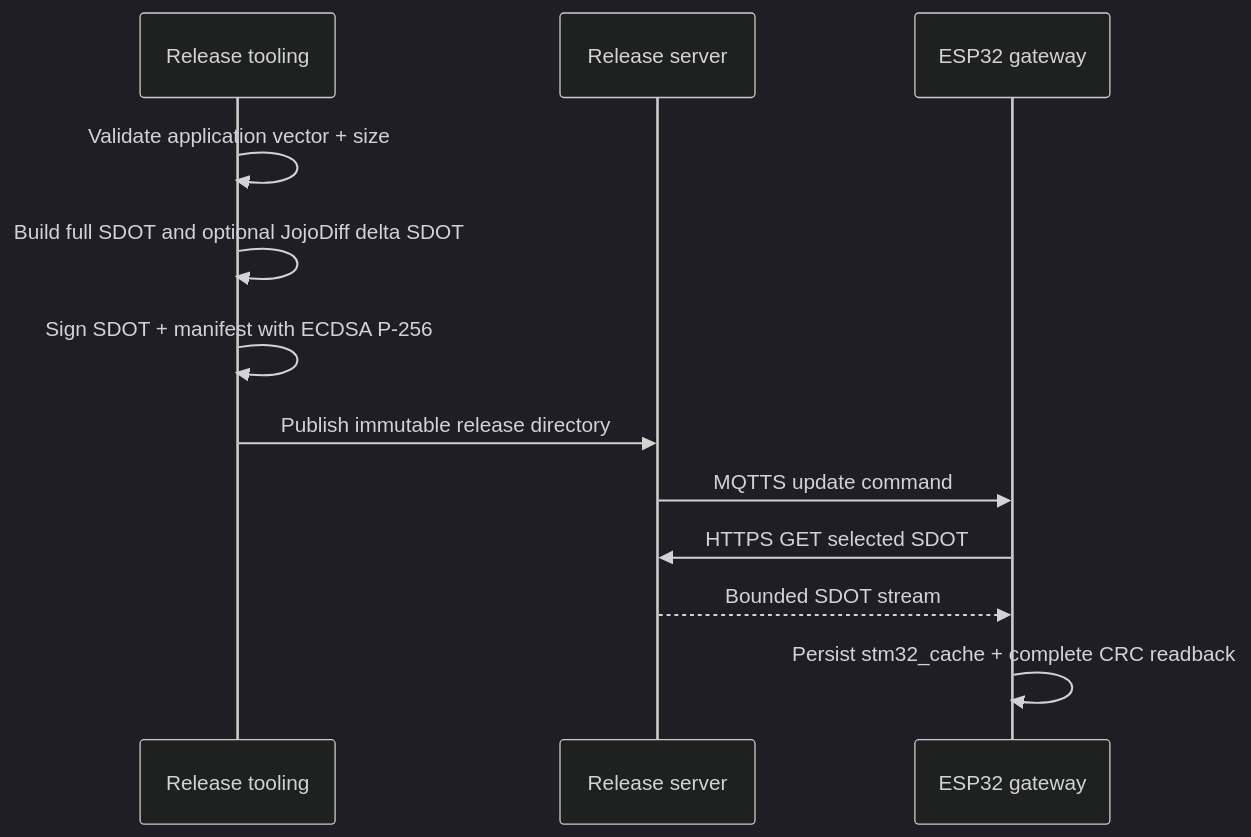
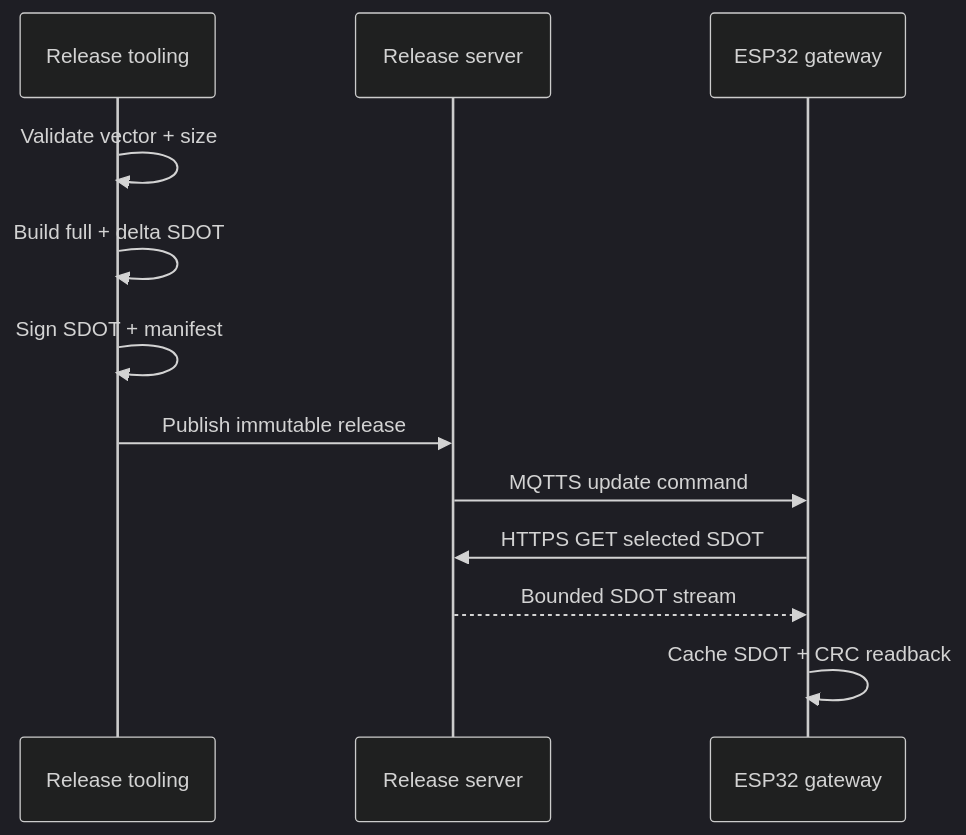
The third of 8 diagrams in README.md (haikevins/secure-delta-ota-bootloader), drawn with Mermaid (dark theme) before and after one commit. The commit also changed other lines of this file and 11 other files, not shown here.

````diff
--- a/README.md
+++ b/README.md
@@ -127,15 +127,15 @@
 ```mermaid
 sequenceDiagram
     participant CI as Release tooling
     participant S as Release server
     participant G as ESP32 gateway
 
-    CI->>CI: Validate application vector + size
-    CI->>CI: Build full SDOT and optional JojoDiff delta SDOT
-    CI->>CI: Sign SDOT + manifest with ECDSA P-256
-    CI->>S: Publish immutable release directory
+    CI->>CI: Validate vector + size
+    CI->>CI: Build full + delta SDOT
+    CI->>CI: Sign SDOT + manifest
+    CI->>S: Publish immutable release
     S->>G: MQTTS update command
     G->>S: HTTPS GET selected SDOT
     S-->>G: Bounded SDOT stream
-    G->>G: Persist stm32_cache + complete CRC readback
+    G->>G: Cache SDOT + CRC readback
 ```
````
